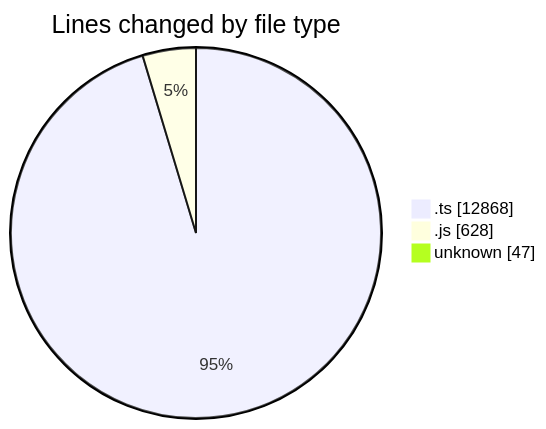
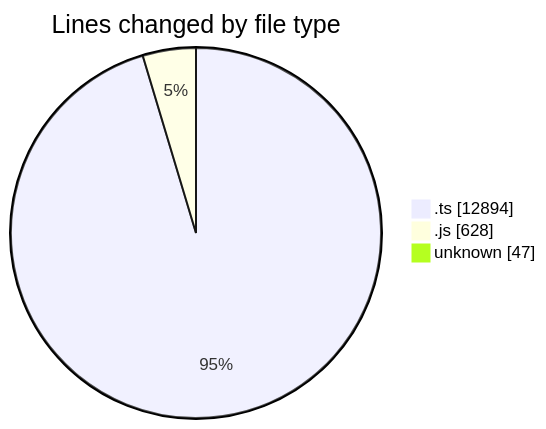
The first of 2 diagrams in 2025-09-05/cda/README.md (momahboobian/code-tracking), drawn with Mermaid before and after one commit. The commit also changed other lines of this file and 1 other file, not shown here.

````diff
--- a/2025-09-05/cda/README.md
+++ b/2025-09-05/cda/README.md
@@ -27,7 +27,7 @@
 ```mermaid
 pie showData
 title Lines changed by file type
-".ts" : 12868
+".ts" : 12894
 ".js" : 628
 "unknown" : 47
 ```
````
